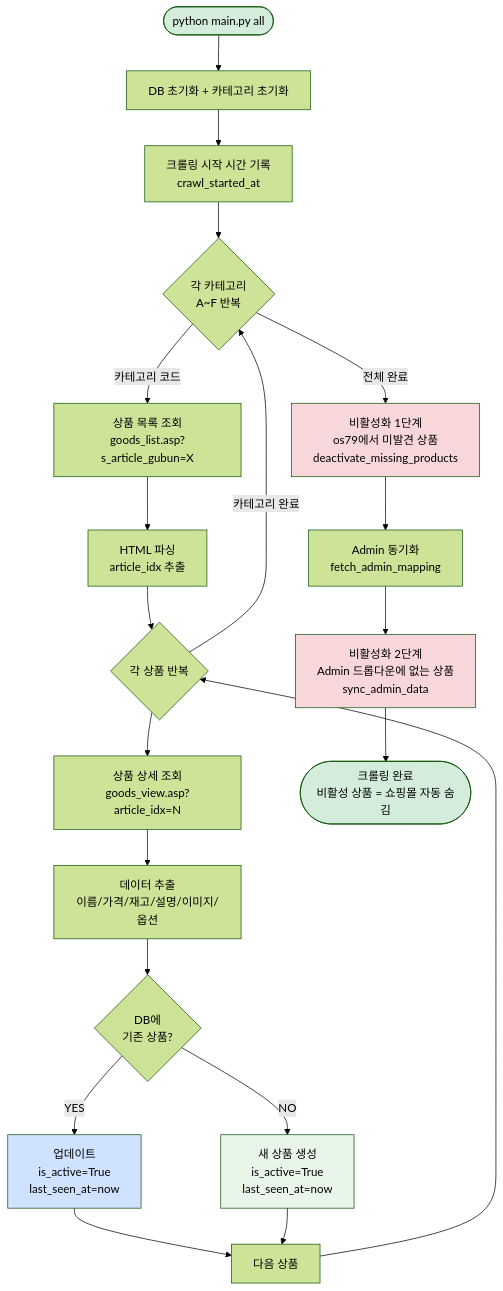
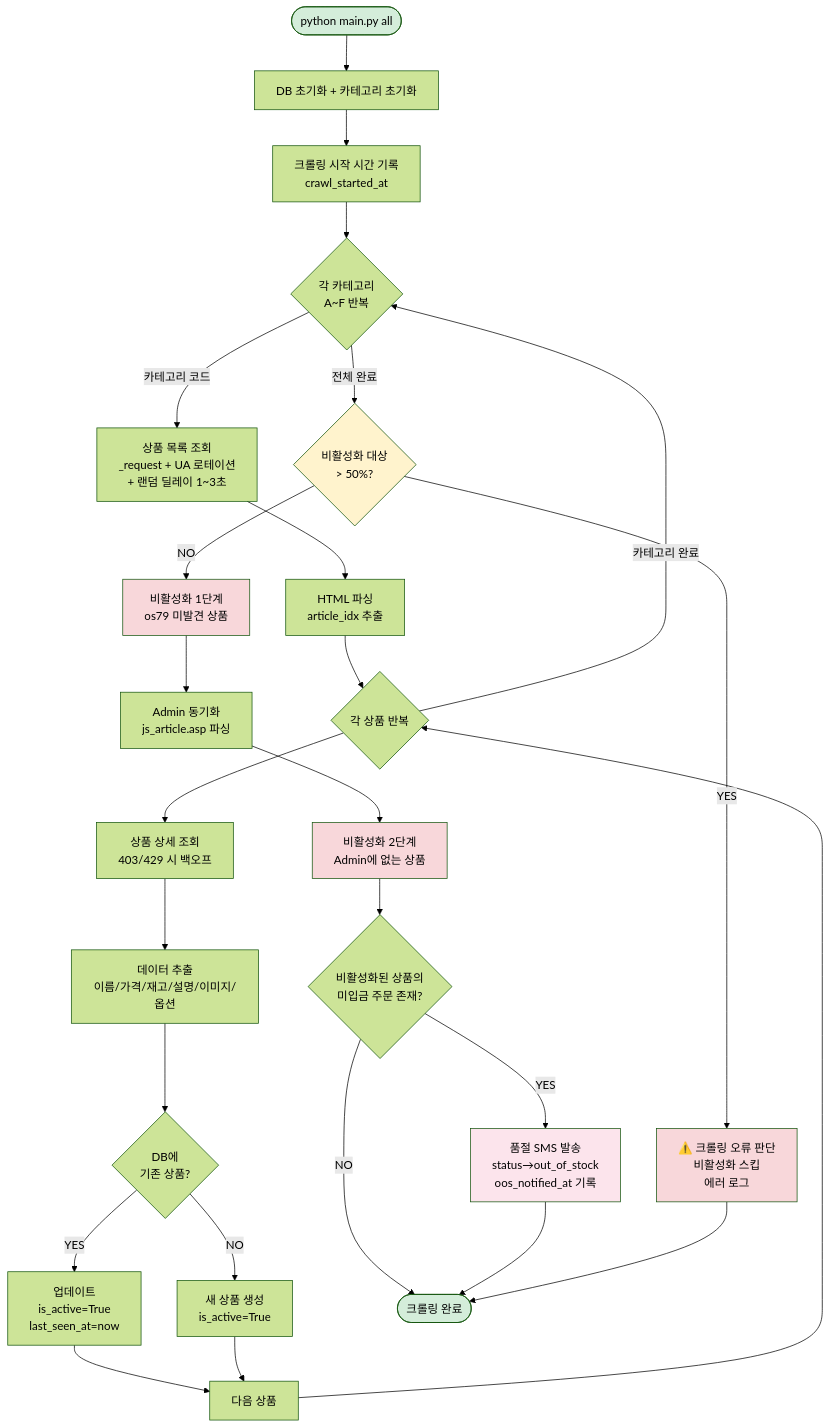
The second of 7 diagrams in PROJECT_DOCUMENTATION.md (Yejinius/Fruits_final), drawn with Mermaid (forest theme) before and after one commit. The commit also changed other lines of this file, not shown here.

````diff
--- a/PROJECT_DOCUMENTATION.md
+++ b/PROJECT_DOCUMENTATION.md
@@ -87,38 +108,47 @@
 ```mermaid
 flowchart TD
     START([python main.py all]) --> INIT[DB 초기화 + 카테고리 초기화]
     INIT --> RECORD_TIME[크롤링 시작 시간 기록<br/>crawl_started_at]
 
     RECORD_TIME --> LOOP1{각 카테고리<br/>A~F 반복}
 
-    LOOP1 -->|카테고리 코드| LIST[상품 목록 조회<br/>goods_list.asp?s_article_gubun=X]
+    LOOP1 -->|카테고리 코드| LIST[상품 목록 조회<br/>_request + UA 로테이션<br/>+ 랜덤 딜레이 1~3초]
     LIST --> PARSE[HTML 파싱<br/>article_idx 추출]
 
     PARSE --> LOOP2{각 상품 반복}
-    LOOP2 --> DETAIL[상품 상세 조회<br/>goods_view.asp?article_idx=N]
+    LOOP2 --> DETAIL[상품 상세 조회<br/>403/429 시 백오프]
     DETAIL --> EXTRACT[데이터 추출<br/>이름/가격/재고/설명/이미지/옵션]
 
     EXTRACT --> CHECK{DB에<br/>기존 상품?}
     CHECK -->|YES| UPDATE[업데이트<br/>is_active=True<br/>last_seen_at=now]
-    CHECK -->|NO| INSERT[새 상품 생성<br/>is_active=True<br/>last_seen_at=now]
+    CHECK -->|NO| INSERT[새 상품 생성<br/>is_active=True]
 
     UPDATE --> NEXT[다음 상품]
     INSERT --> NEXT
     NEXT --> LOOP2
 
     LOOP2 -->|카테고리 완료| LOOP1
 
-    LOOP1 -->|전체 완료| DEACT1[비활성화 1단계<br/>os79에서 미발견 상품<br/>deactivate_missing_products]
+    LOOP1 -->|전체 완료| SAFETY{비활성화 대상<br/>> 50%?}
 
-    DEACT1 --> ADMIN_SYNC[Admin 동기화<br/>fetch_admin_mapping]
-    ADMIN_SYNC --> DEACT2[비활성화 2단계<br/>Admin 드롭다운에 없는 상품<br/>sync_admin_data]
+    SAFETY -->|YES| SKIP[⚠️ 크롤링 오류 판단<br/>비활성화 스킵<br/>에러 로그]
+    SAFETY -->|NO| DEACT1[비활성화 1단계<br/>os79 미발견 상품]
 
-    DEACT2 --> END([크롤링 완료<br/>비활성 상품 = 쇼핑몰 자동 숨김])
+    DEACT1 --> ADMIN_SYNC[Admin 동기화<br/>js_article.asp 파싱]
+    ADMIN_SYNC --> DEACT2[비활성화 2단계<br/>Admin에 없는 상품]
+
+    DEACT2 --> OOS_CHECK{비활성화된 상품의<br/>미입금 주문 존재?}
+    OOS_CHECK -->|YES| OOS_SMS[품절 SMS 발송<br/>status→out_of_stock<br/>oos_notified_at 기록]
+    OOS_CHECK -->|NO| END
+
+    OOS_SMS --> END([크롤링 완료])
+    SKIP --> END
 
     style START fill:#d4edda
     style END fill:#d4edda
     style DEACT1 fill:#f8d7da
     style DEACT2 fill:#f8d7da
-    style UPDATE fill:#cfe2ff
-    style INSERT fill:#e8f5e9
+    style SAFETY fill:#fff3cd
+    style SKIP fill:#f8d7da
+    style OOS_SMS fill:#fce4ec
 ```
````
